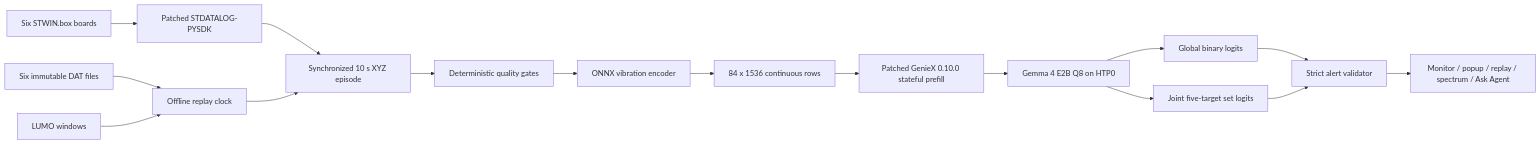
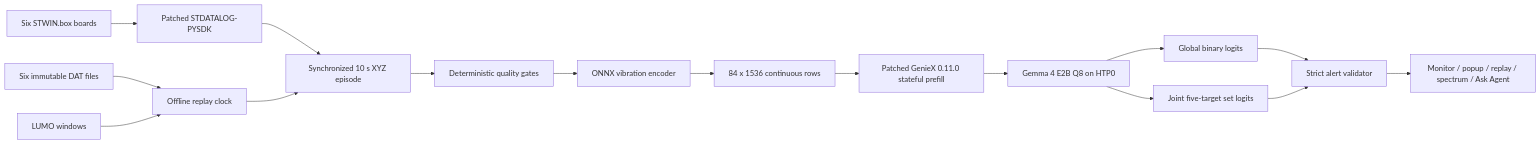
Before and after one commit to hobbitlv1/vibroagent-iq9075-combined: the second of 2 diagrams in README.md, drawn with Mermaid. The commit also changed other lines of this file and 19 other files, not shown here.

````diff
--- a/README.md
+++ b/README.md
@@ -849,18 +849,18 @@
 ```mermaid
 flowchart LR
     A[Six STWIN.box boards] --> B[Patched STDATALOG-PYSDK]
     R[Six immutable DAT files] --> C[Offline replay clock]
     L[LUMO windows] --> C
     B --> D[Synchronized 10 s XYZ episode]
     C --> D
     D --> Q[Deterministic quality gates]
     Q --> E[ONNX vibration encoder]
     E --> F[84 x 1536 continuous rows]
-    F --> G[Patched GenieX 0.10.0 stateful prefill]
+    F --> G[Patched GenieX 0.11.0 stateful prefill]
     G --> H[Gemma 4 E2B Q8 on HTP0]
     H --> I[Global binary logits]
     H --> J[Joint five-target set logits]
     I --> K[Strict alert validator]
     J --> K
     K --> W[Monitor / popup / replay / spectrum / Ask Agent]
 ```
````
